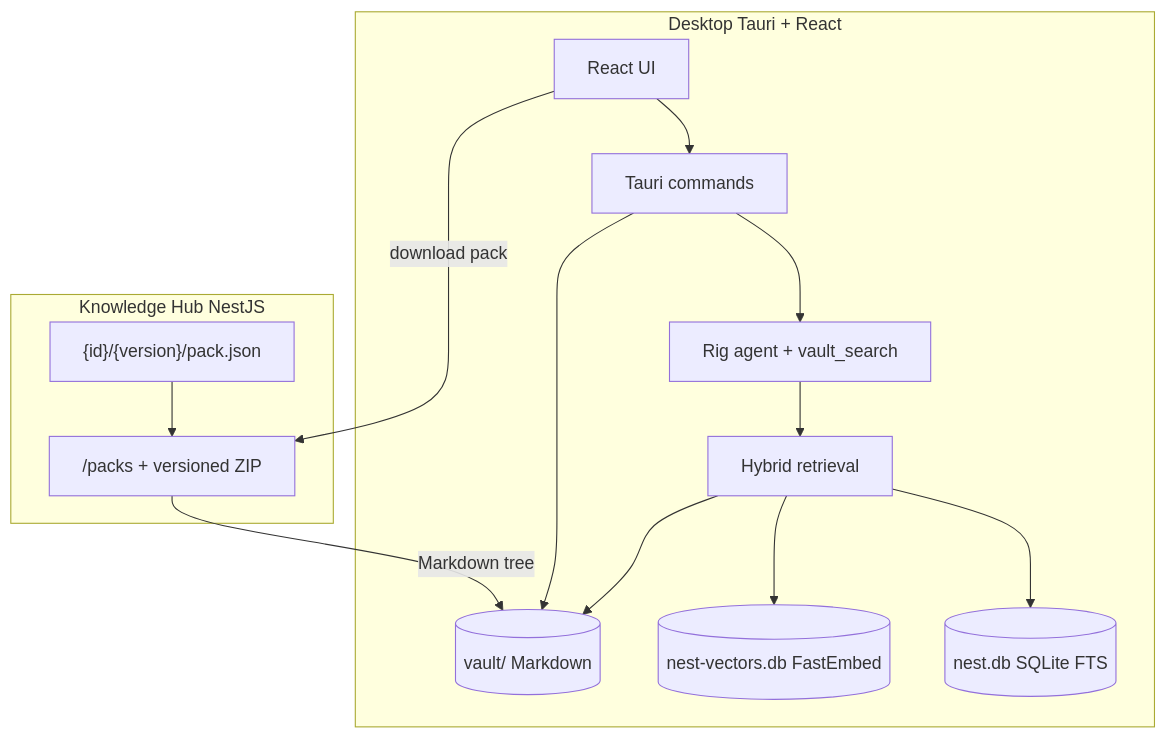
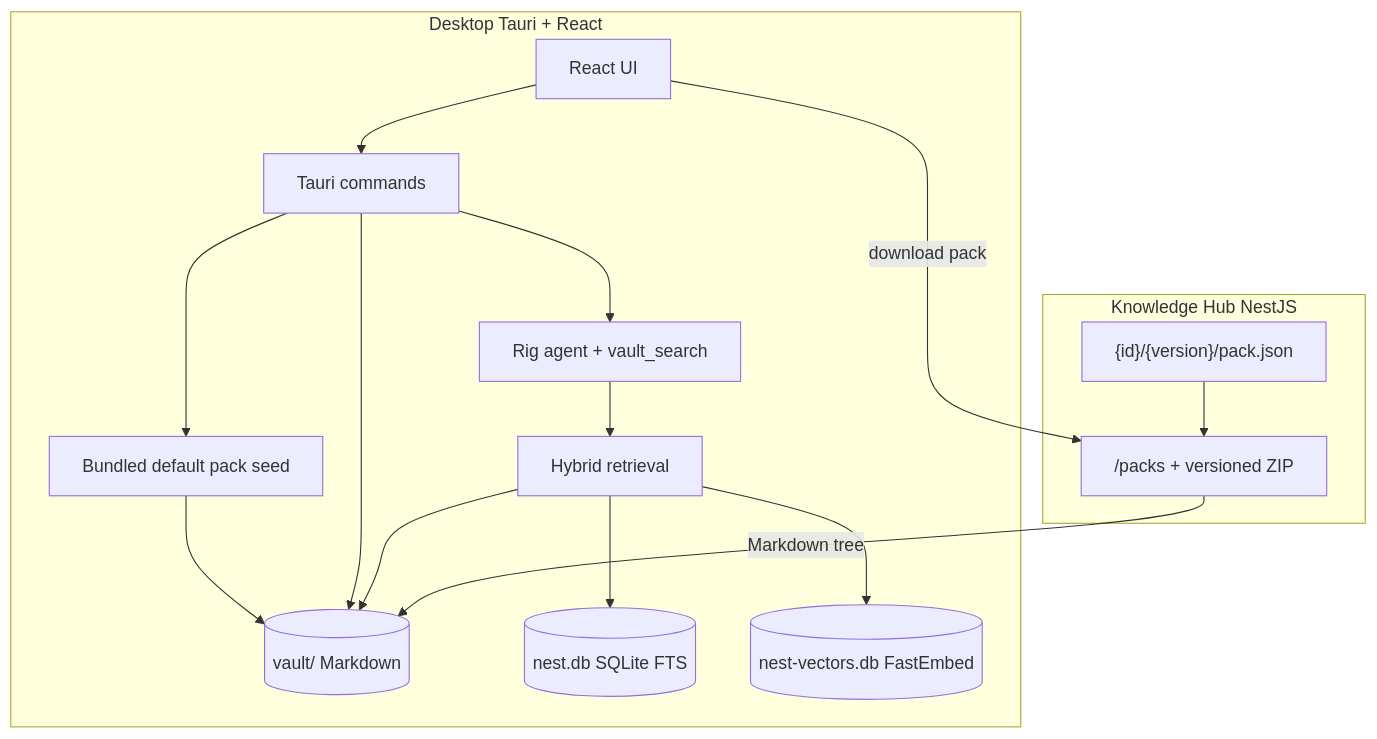
The diagram in docs/architecture.md (cyborgoat/nest), drawn with Mermaid before and after one commit. The commit also changed other lines of this file and 94 other files, not shown here.

````diff
--- a/docs/architecture.md
+++ b/docs/architecture.md
@@ -5,28 +5,31 @@
 ```mermaid
 flowchart TB
   subgraph desktop [Desktop Tauri + React]
     UI[React UI]
     CMD[Tauri commands]
+    Seed[Bundled default pack seed]
     Agent[Rig agent + vault_search]
     Retr[Hybrid retrieval]
     Vault[(vault/ Markdown)]
     SQL[(nest.db SQLite FTS)]
     Vec[(nest-vectors.db FastEmbed)]
     UI --> CMD
+    CMD --> Seed
+    Seed --> Vault
     CMD --> Agent
     CMD --> Vault
     Agent --> Retr
     Retr --> SQL
     Retr --> Vec
     Retr --> Vault
   end
 
   subgraph hub [Knowledge Hub NestJS]
     Catalog["{id}/{version}/pack.json"]
     API["/packs + versioned ZIP"]
     Catalog --> API
   end
 
   UI -->|"download pack"| API
   API -->|"Markdown tree"| Vault
 ```
````
